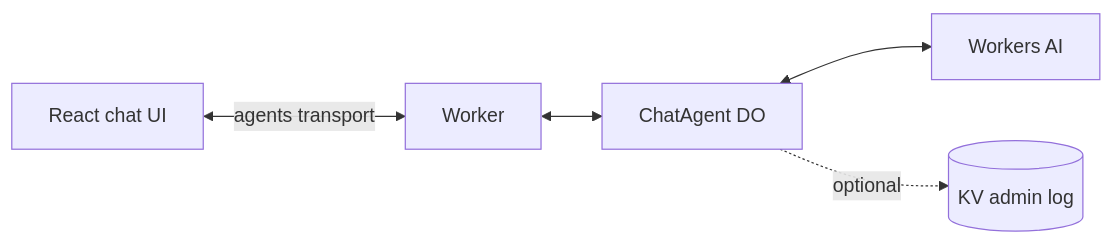
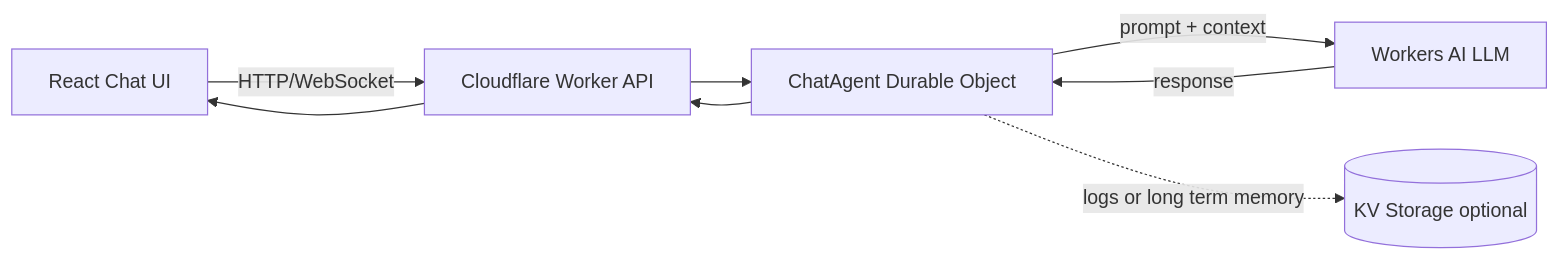
Before and after one commit to Kanghyeon5468/agent: the diagram in README.md, drawn with Mermaid.

````diff
--- a/README.md
+++ b/README.md
@@ -34,12 +34,17 @@
 ```mermaid
 flowchart LR
-  UI[React chat UI]
-  W[Worker]
-  DO[ChatAgent DO]
-  M[Workers AI]
-  KV[(KV admin log)]
-  UI <-->|agents transport| W
-  W <--> DO
-  DO <--> M
-  DO -.->|optional| KV
+  UI[React Chat UI]
+  W[Cloudflare Worker API]
+  DO[ChatAgent Durable Object]
+  AI[Workers AI LLM]
+  KV[(KV Storage optional)]
+
+  UI -->|HTTP/WebSocket| W
+  W --> DO
+  DO -->|prompt + context| AI
+  AI -->|response| DO
+  DO --> W
+  W --> UI
+
+  DO -.->|logs or long term memory| KV
 ```
````
